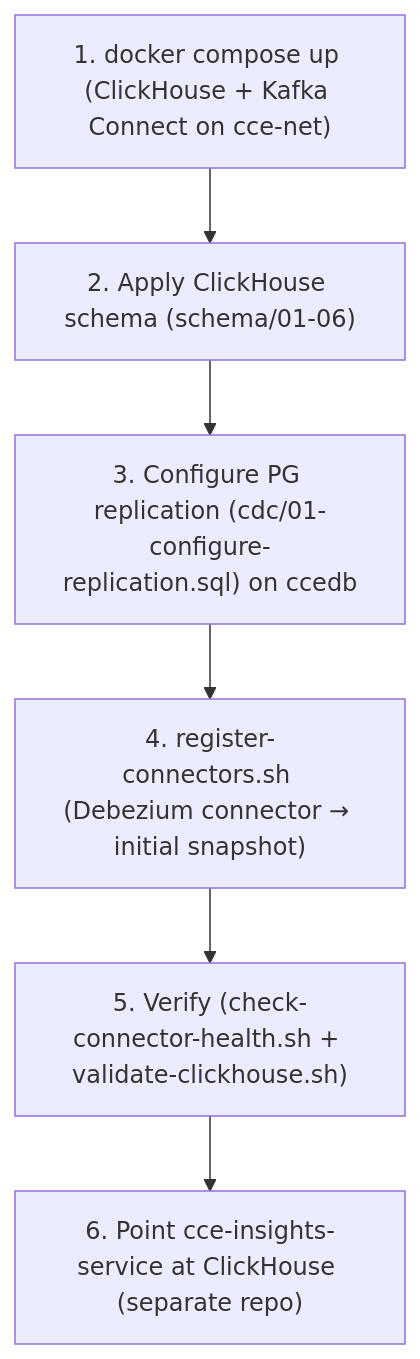
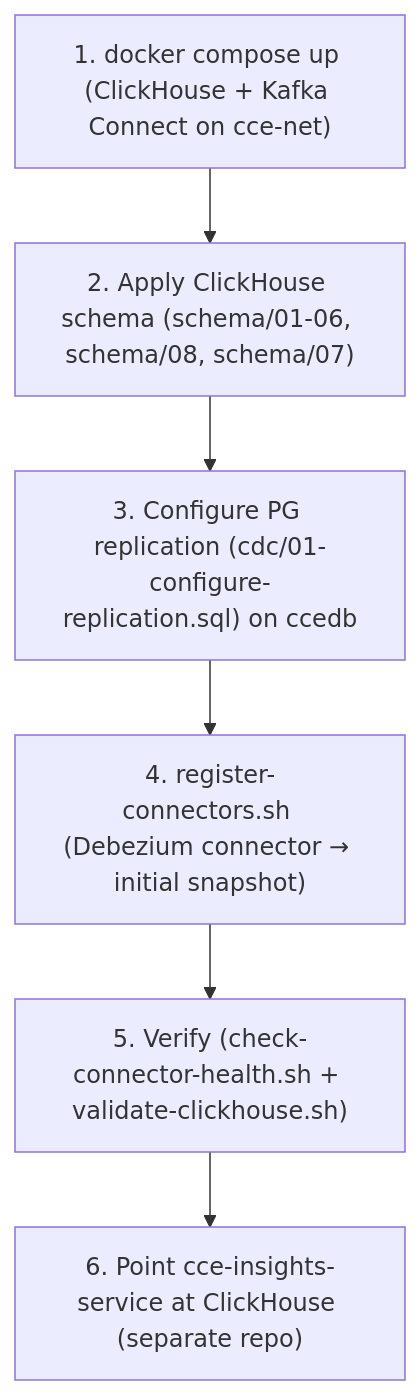
The diagram in docs/deployment-guide.md (Jayaprakash8887/cce-data-pipeline), drawn with Mermaid before and after one commit. The commit also changed other lines of this file and 3 other files, not shown here.

````diff
--- a/docs/deployment-guide.md
+++ b/docs/deployment-guide.md
@@ -130,8 +130,8 @@
 ```mermaid
 flowchart TD
-    A["1. docker compose up (ClickHouse + Kafka Connect on cce-net)"] --> B["2. Apply ClickHouse schema (schema/01-06)"]
+    A["1. docker compose up (ClickHouse + Kafka Connect on cce-net)"] --> B["2. Apply ClickHouse schema (schema/01-06, schema/08, schema/07)"]
     B --> PG["3. Configure PG replication (cdc/01-configure-replication.sql) on ccedb"]
     PG --> C["4. register-connectors.sh (Debezium connector → initial snapshot)"]
     C --> D["5. Verify (check-connector-health.sh + validate-clickhouse.sh)"]
     D --> J["6. Point cce-insights-service at ClickHouse (separate repo)"]
 ```
````
